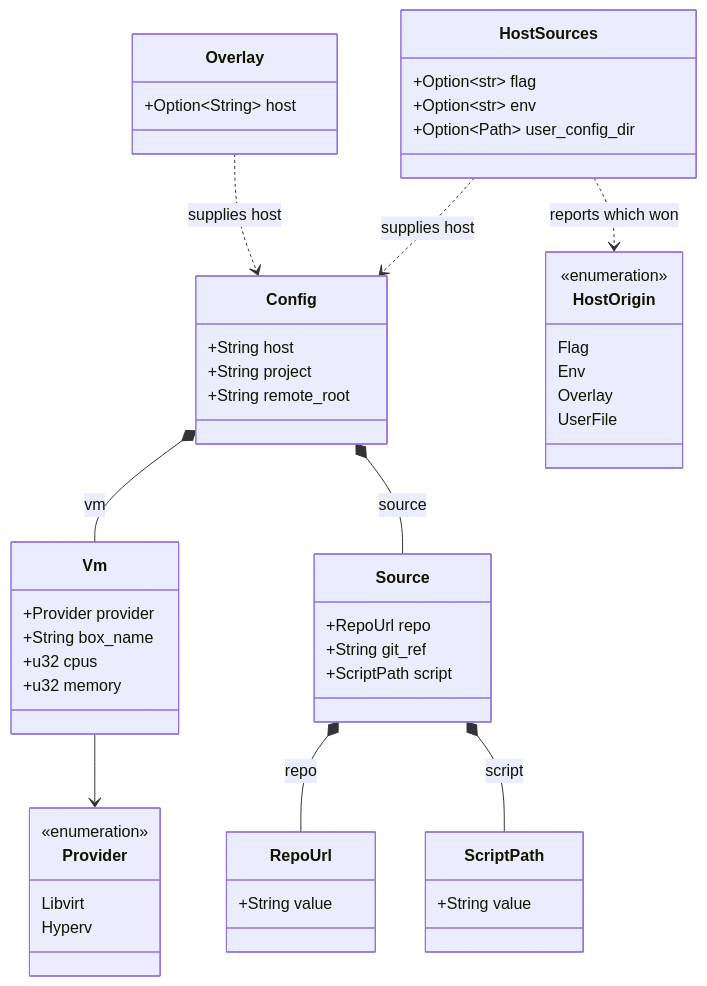
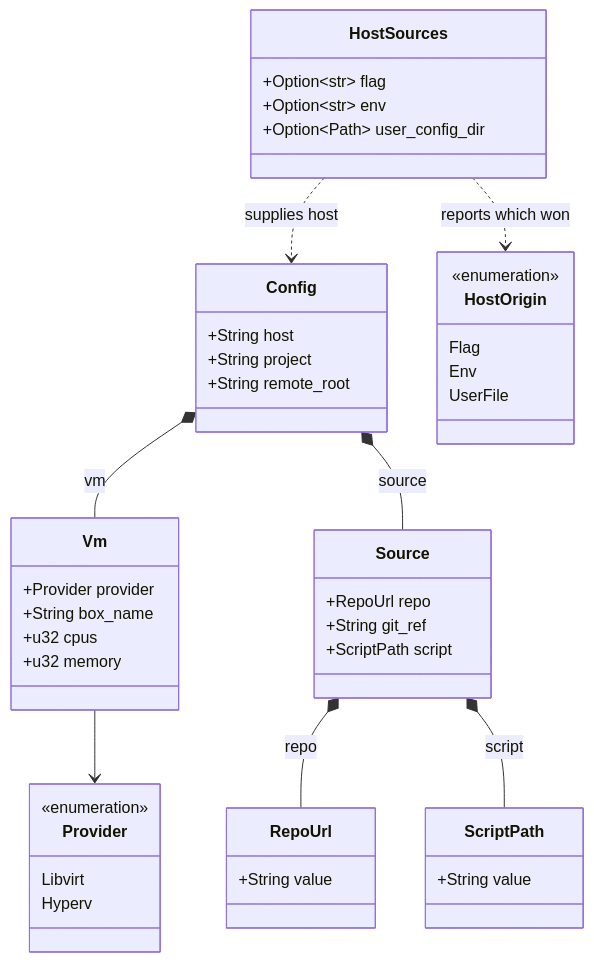
Before and after one commit to breki/bombyx: the third of 6 diagrams in docs/architecture.md, drawn with Mermaid. The commit also changed other lines of this file and 16 other files, not shown here.

````diff
--- a/docs/architecture.md
+++ b/docs/architecture.md
@@ -128,54 +128,49 @@
 ```mermaid
 classDiagram
   class Config {
     +String host
     +String project
     +String remote_root
   }
   class Vm {
     +Provider provider
     +String box_name
     +u32 cpus
     +u32 memory
   }
   class Source {
     +RepoUrl repo
     +String git_ref
     +ScriptPath script
   }
   class RepoUrl {
     +String value
   }
   class ScriptPath {
     +String value
   }
   class Provider {
     <<enumeration>>
     Libvirt
     Hyperv
   }
-  class Overlay {
-    +Option~String~ host
-  }
   class HostSources {
     +Option~str~ flag
     +Option~str~ env
     +Option~Path~ user_config_dir
   }
   class HostOrigin {
     <<enumeration>>
     Flag
     Env
-    Overlay
     UserFile
   }
 
   Config *-- Vm : vm
   Config *-- Source : source
   Vm --> Provider
   Source *-- RepoUrl : repo
   Source *-- ScriptPath : script
-  Overlay ..> Config : supplies host
   HostSources ..> Config : supplies host
   HostSources ..> HostOrigin : reports which won
 ```
````
